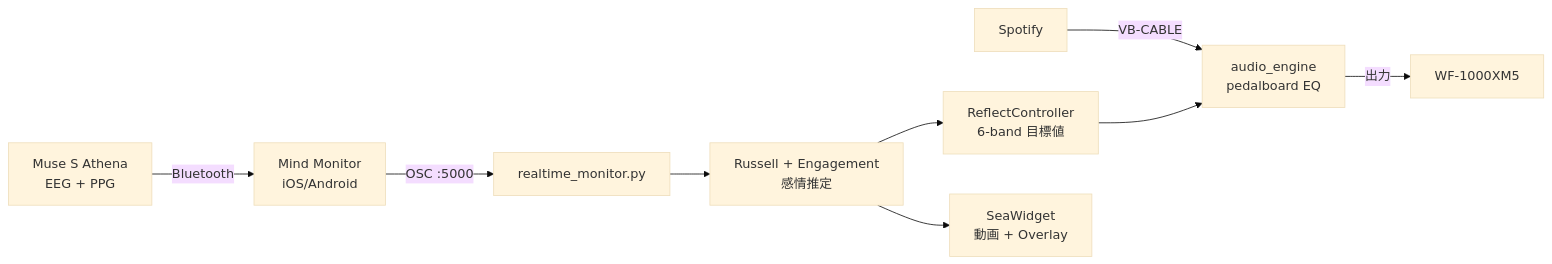
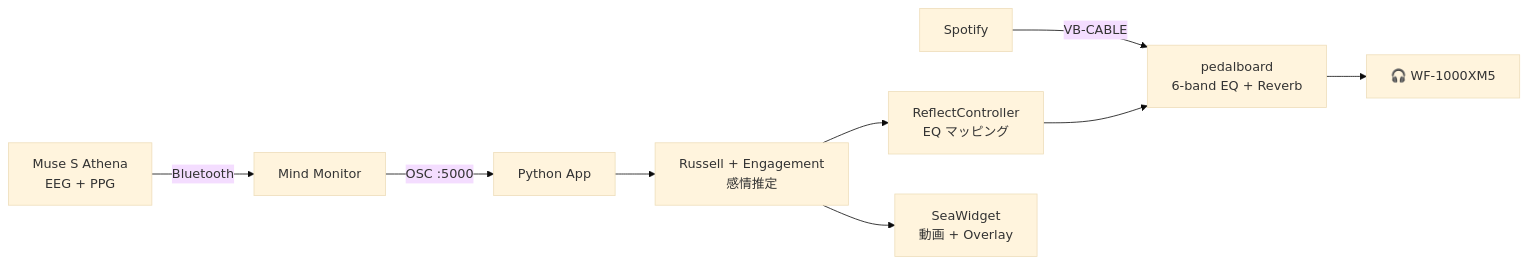
One commit to HIMEJI-HIRO/muse-emotion-eq changed the diagram in README.md. Above: the diagram before and after it, drawn with Mermaid (base theme). The commit also changed other lines of this file, not shown here.

````diff
--- a/README.md
+++ b/README.md
@@ -33,11 +81,11 @@
 ```mermaid
 graph LR
-    A[Muse S Athena<br/>EEG + PPG] -->|Bluetooth| B[Mind Monitor<br/>iOS/Android]
-    B -->|OSC :5000| C[realtime_monitor.py]
+    A[Muse S Athena<br/>EEG + PPG] -->|Bluetooth| B[Mind Monitor]
+    B -->|OSC :5000| C[Python App]
     C --> D[Russell + Engagement<br/>感情推定]
-    D --> E[ReflectController<br/>6-band 目標値]
-    F[Spotify] -->|VB-CABLE| G[audio_engine<br/>pedalboard EQ]
+    D --> E[ReflectController<br/>EQ マッピング]
+    F[Spotify] -->|VB-CABLE| G[pedalboard<br/>6-band EQ + Reverb]
     E --> G
-    G -->|出力| H[WF-1000XM5]
+    G --> H[🎧 WF-1000XM5]
     D --> I[SeaWidget<br/>動画 + Overlay]
 ```
````
